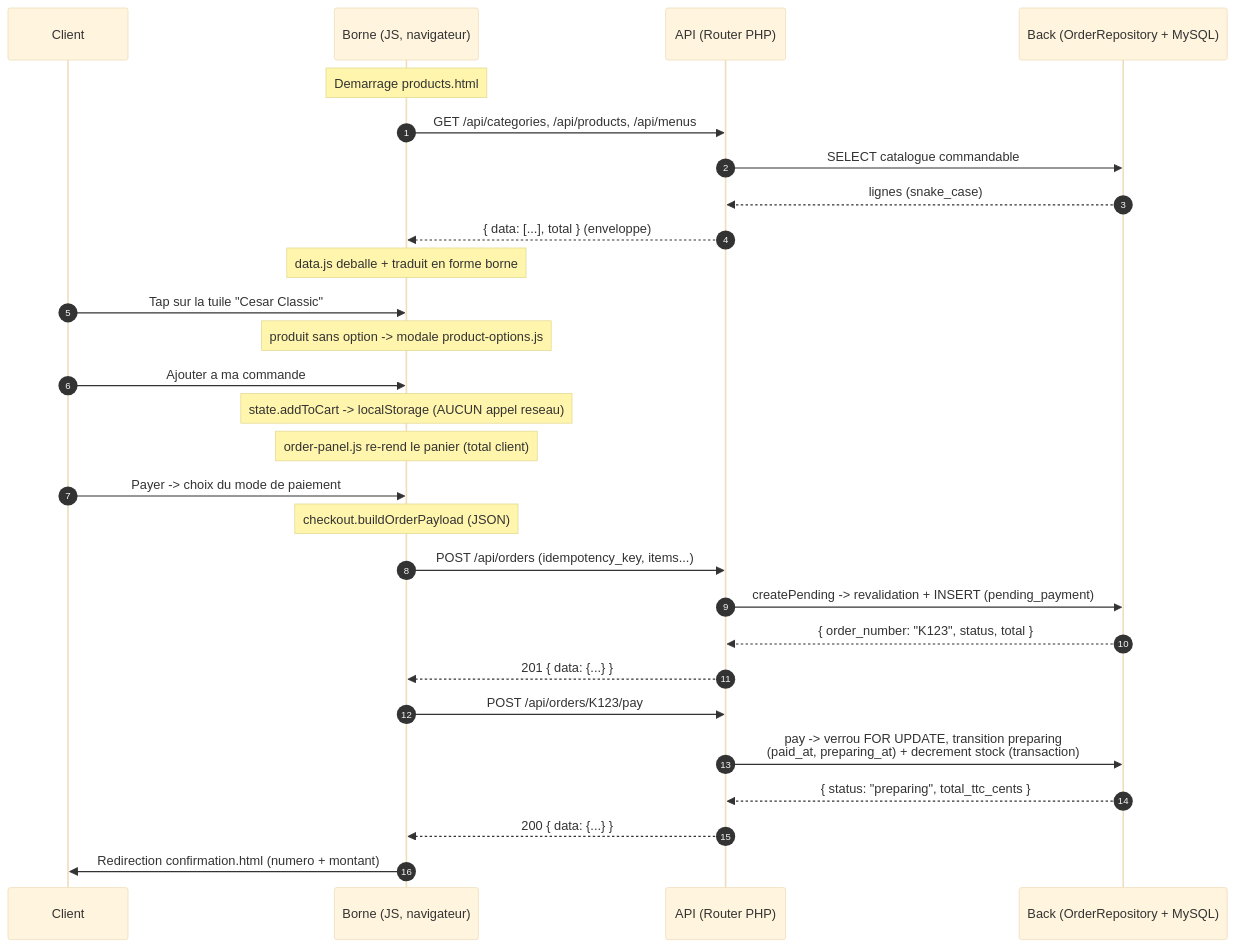
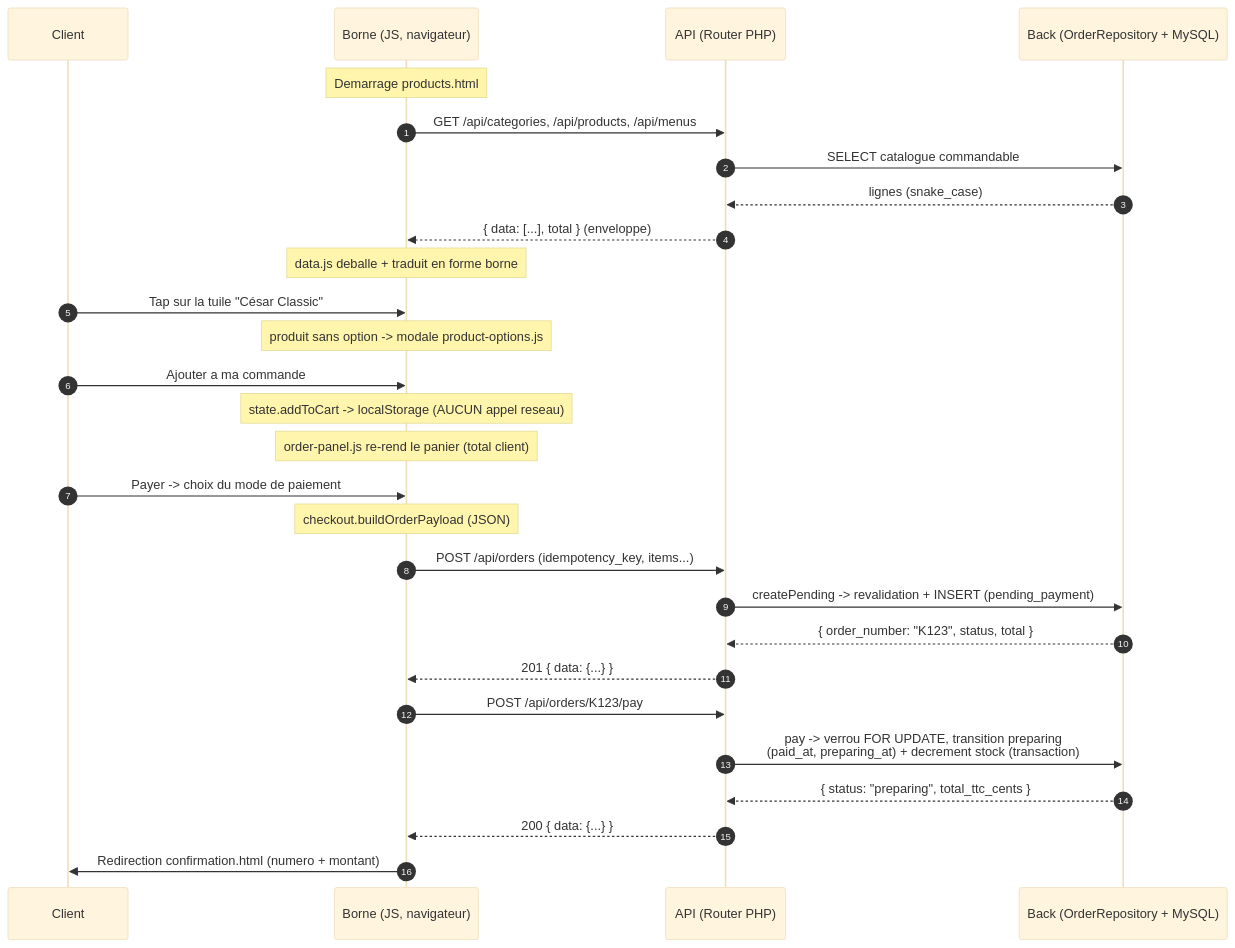
Before and after one commit to AcadeNice/wakdo_corentin: the diagram in docs/architecture/flux-borne-selection-vers-commande.md, drawn with Mermaid (base theme). The commit also changed other lines of this file and 15 other files, not shown here.

````diff
--- a/docs/architecture/flux-borne-selection-vers-commande.md
+++ b/docs/architecture/flux-borne-selection-vers-commande.md
@@ -25,36 +25,36 @@
 ```mermaid
 sequenceDiagram
     autonumber
     participant C as Client
     participant B as Borne (JS, navigateur)
     participant A as API (Router PHP)
     participant DB as Back (OrderRepository + MySQL)
 
     Note over B: Demarrage products.html
     B->>A: GET /api/categories, /api/products, /api/menus
     A->>DB: SELECT catalogue commandable
     DB-->>A: lignes (snake_case)
     A-->>B: { data: [...], total } (enveloppe)
     Note over B: data.js deballe + traduit en forme borne
 
-    C->>B: Tap sur la tuile "Cesar Classic"
+    C->>B: Tap sur la tuile "César Classic"
     Note over B: produit sans option -> modale product-options.js
     C->>B: Ajouter a ma commande
     Note over B,B: state.addToCart -> localStorage (AUCUN appel reseau)
     Note over B: order-panel.js re-rend le panier (total client)
 
     C->>B: Payer -> choix du mode de paiement
     Note over B: checkout.buildOrderPayload (JSON)
 
     B->>A: POST /api/orders (idempotency_key, items...)
     A->>DB: createPending -> revalidation + INSERT (pending_payment)
     DB-->>A: { order_number: "K123", status, total }
     A-->>B: 201 { data: {...} }
 
     B->>A: POST /api/orders/K123/pay
     A->>DB: pay -> verrou FOR UPDATE, transition preparing<br/>(paid_at, preparing_at) + decrement stock (transaction)
     DB-->>A: { status: "preparing", total_ttc_cents }
     A-->>B: 200 { data: {...} }
 
     B->>C: Redirection confirmation.html (numero + montant)
 ```
````
